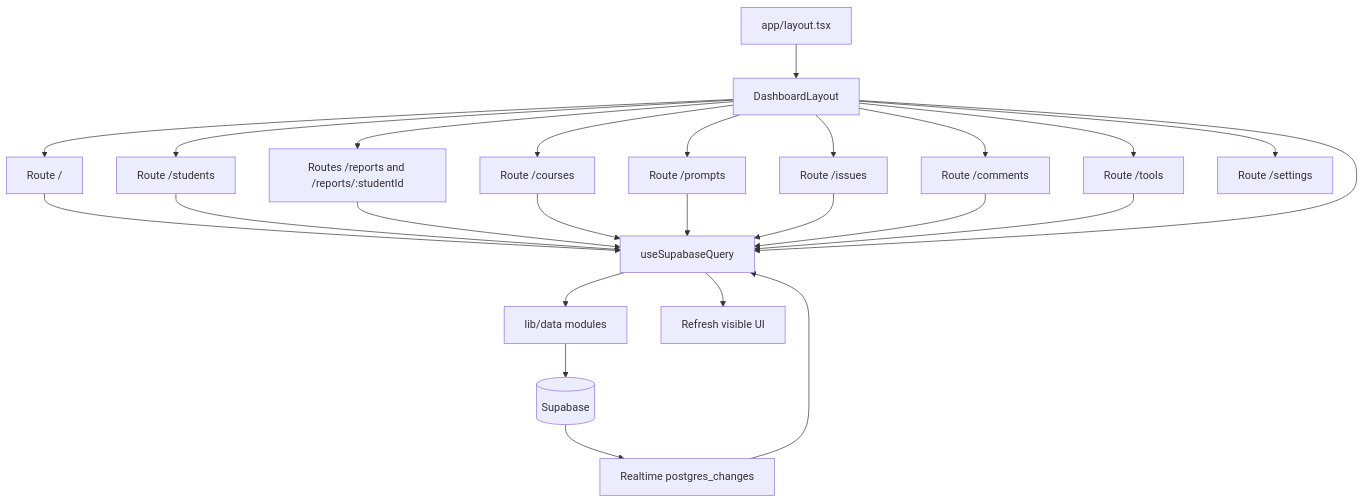
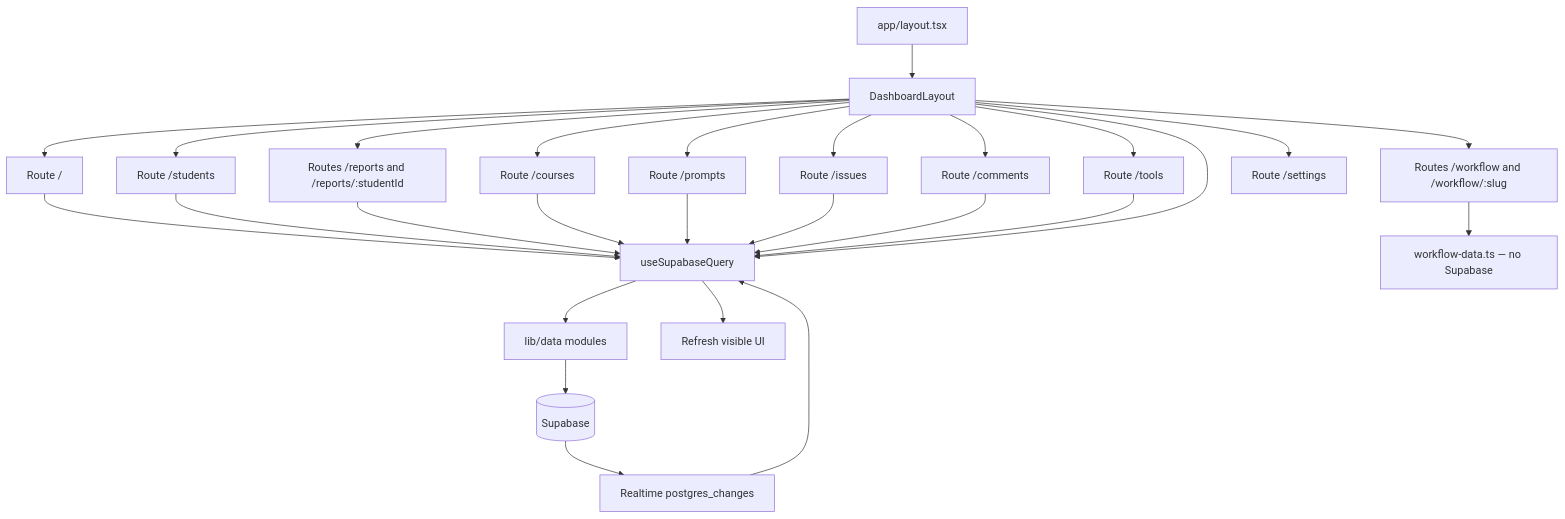
The first of 17 diagrams in SYSTEM_FLOW.md (muhammadjamshed7/Assignmentwork), drawn with Mermaid before and after one commit. The commit also changed other lines of this file and 35 other files, not shown here.

````diff
--- a/SYSTEM_FLOW.md
+++ b/SYSTEM_FLOW.md
@@ -11,29 +11,31 @@
 ```mermaid
 flowchart TD
   Root[app/layout.tsx] --> Shell[DashboardLayout]
   Shell --> Dashboard[Route /]
   Shell --> Students[Route /students]
   Shell --> Reports[Routes /reports and /reports/:studentId]
   Shell --> Courses[Route /courses]
   Shell --> Prompts[Route /prompts]
   Shell --> Issues[Route /issues]
   Shell --> Comments[Route /comments]
   Shell --> Tools[Route /tools]
-  Shell --> Settings[Route /settings]
+  Shell --> Workflow[Routes /workflow and /workflow/:slug]
+Shell --> Settings[Route /settings]
 
   Dashboard --> Hook[useSupabaseQuery]
   Students --> Hook
   Reports --> Hook
   Courses --> Hook
   Prompts --> Hook
   Issues --> Hook
   Comments --> Hook
   Tools --> Hook
+  Workflow --> StaticData[workflow-data.ts — no Supabase]
   Shell --> Hook
 
   Hook --> DataModules[lib/data modules]
   DataModules --> Supabase[(Supabase)]
   Supabase --> Realtime[Realtime postgres_changes]
   Realtime --> Hook
   Hook --> Pages[Refresh visible UI]
 ```
````
